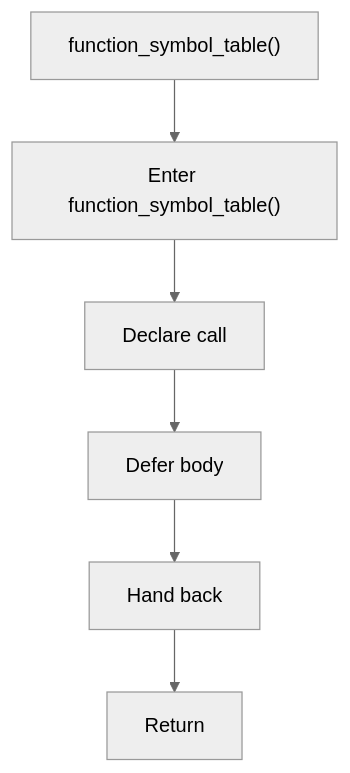
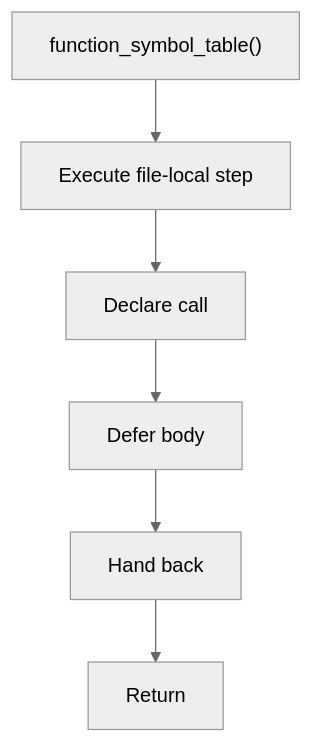
The diagram in docs/Codebase/Microservice/Modules/Header/SyntacticBrokenAST/Analysis/ImplementationUse/Binding/Symbols/Flow/functions/function_symbol_table.hpp.md (JohnAndrewBalbarosa/NeoTerritory), drawn with Mermaid (neutral theme) before and after one commit. The commit also changed other lines of this file and 915 other files, not shown here.

````diff
--- a/docs/Codebase/Microservice/Modules/Header/SyntacticBrokenAST/Analysis/ImplementationUse/Binding/Symbols/Flow/functions/function_symbol_table.hpp.md
+++ b/docs/Codebase/Microservice/Modules/Header/SyntacticBrokenAST/Analysis/ImplementationUse/Binding/Symbols/Flow/functions/function_symbol_table.hpp.md
@@ -16,14 +16,14 @@
 ```mermaid
 flowchart TD
     Start["function_symbol_table()"]
-    N0["Enter function_symbol_table()"]
+    N0["Execute file-local step"]
     N1["Declare call"]
     N2["Defer body"]
     N3["Hand back"]
     End["Return"]
     Start --> N0
     N0 --> N1
     N1 --> N2
     N2 --> N3
     N3 --> End
 ```
````
